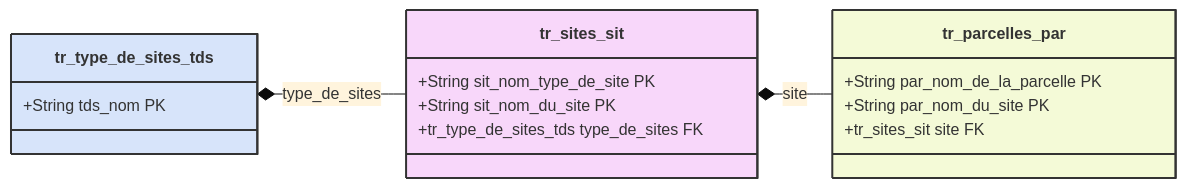
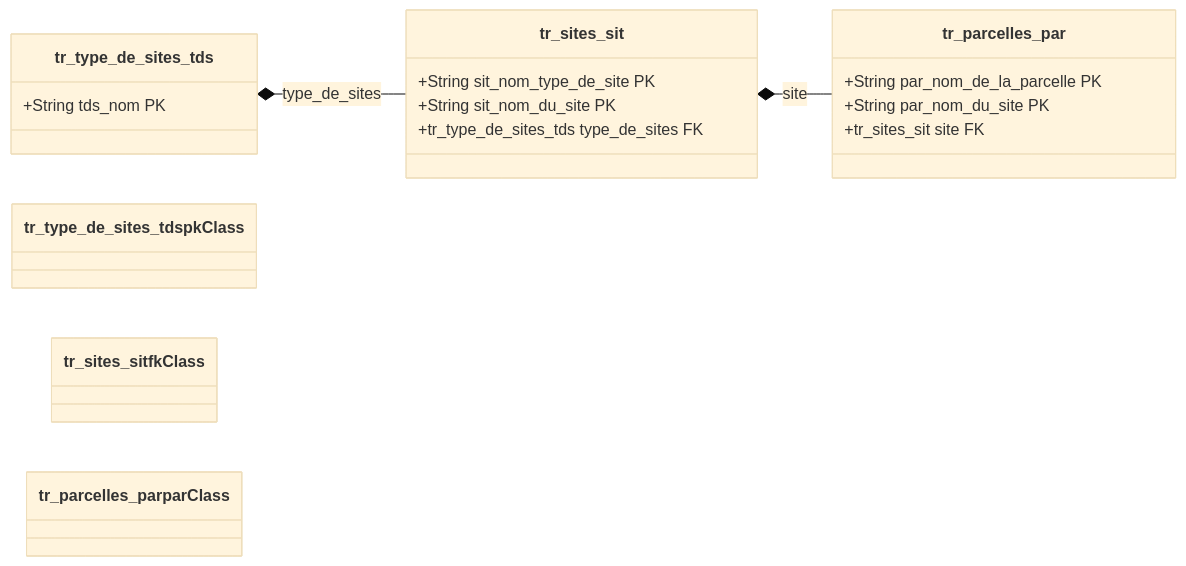
The diagram in documentations/openadom/fichiers/fichier_echange/data/components/basic_components.qmd (ptcherniati/openadom), drawn with Mermaid (base theme) before and after one commit. The commit also changed other lines of this file and 12 other files, not shown here.

````diff
--- a/documentations/openadom/fichiers/fichier_echange/data/components/basic_components.qmd
+++ b/documentations/openadom/fichiers/fichier_echange/data/components/basic_components.qmd
@@ -9,28 +25,30 @@
 ```{mermaid}
 classDiagram
     direction LR
     tr_sites_sit *-- tr_parcelles_par:site
     tr_type_de_sites_tds  *-- tr_sites_sit:type_de_sites
     
-    class tr_type_de_sites_tds:::pkClass {
+    class tr_type_de_sites_tds {
         +String tds_nom PK
     }
     
-    class tr_sites_sit:::fkClass {
+    class tr_sites_sit {
         +String sit_nom_type_de_site PK
         +String sit_nom_du_site PK
         +tr_type_de_sites_tds type_de_sites FK
     }
     
-    class tr_parcelles_par:::fkClass {
+    class tr_parcelles_par {
         +String par_nom_de_la_parcelle PK
         +String par_nom_du_site PK
         +tr_sites_sit site FK
     }
 
-  style tr_type_de_sites_tds fill:#d7e4fa,stroke:#333,stroke-width:2px
-  style tr_sites_sit fill:#f8d7fa,stroke:#333,stroke-width:2px
-  style tr_parcelles_par fill:#f4fad7,stroke:#333,stroke-width:2px
-
-
+  classDef pkClass fill:#d7e4fa,stroke:#333,stroke-width:2px
+  classDef fkClass fill:#f8d7fa,stroke:#333,stroke-width:2px
+  classDef parClass fill:#f4fad7,stroke:#333,stroke-width:2px
+  
+  class tr_type_de_sites_tds pkClass
+  class tr_sites_sit fkClass
+  class tr_parcelles_par parClass
 ```
````
